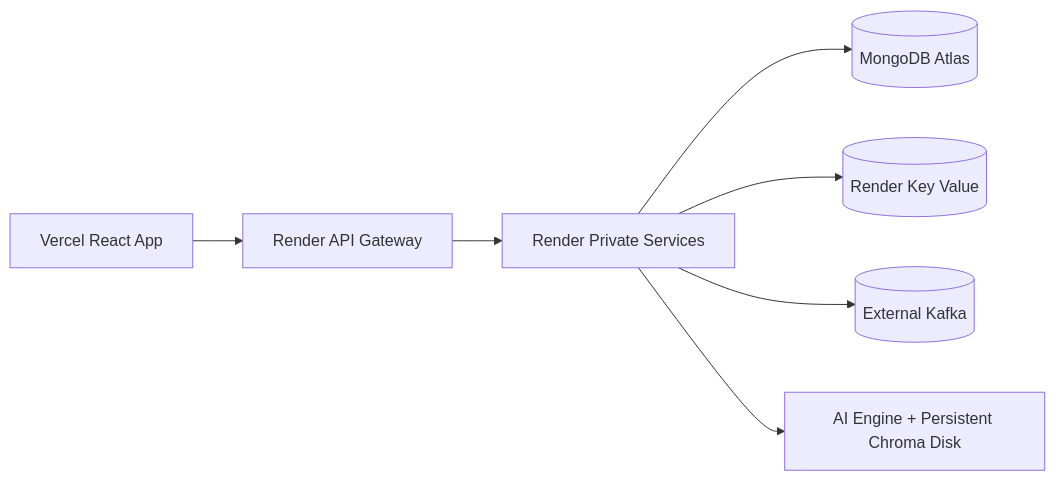
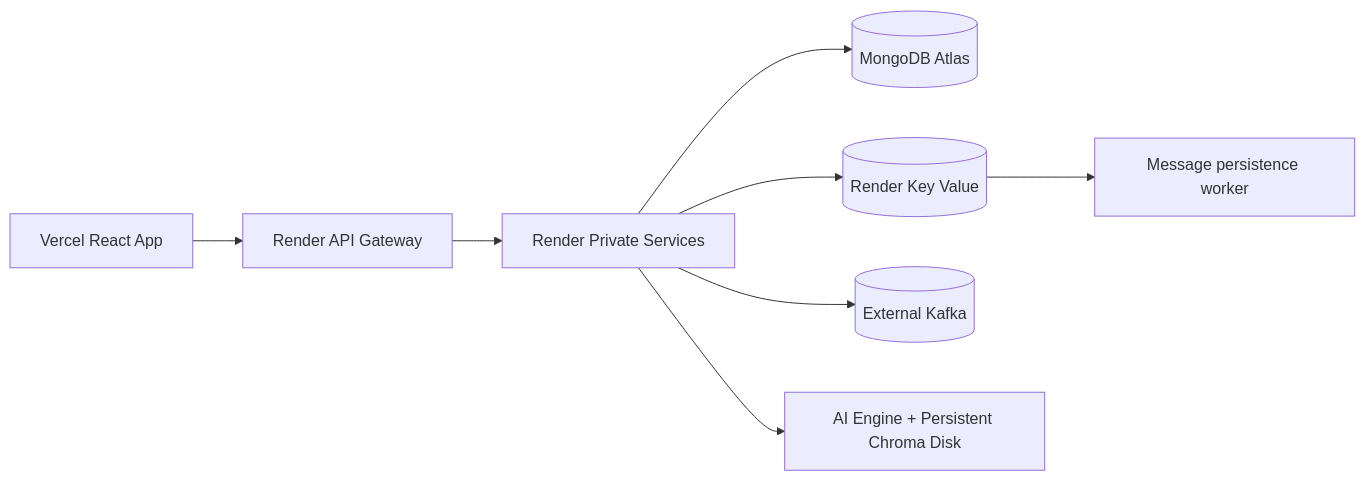
Before and after one commit to Akshanshkaushal/ComConnect: the eighth of 9 diagrams in docs/architecture-guide.md, drawn with Mermaid. The commit also changed other lines of this file and 34 other files, not shown here.

Commit message:
microsrvices architecture

````diff
--- a/docs/architecture-guide.md
+++ b/docs/architecture-guide.md
@@ -336,9 +386,10 @@
 ```mermaid
 flowchart LR
   V["Vercel React App"] --> RW["Render API Gateway"]
   RW --> RP["Render Private Services"]
   RP --> Atlas[("MongoDB Atlas")]
   RP --> RK[("Render Key Value")]
+  RK --> MW["Message persistence worker"]
   RP --> CK[("External Kafka")]
   RP --> AI["AI Engine + Persistent Chroma Disk"]
 ```
````
